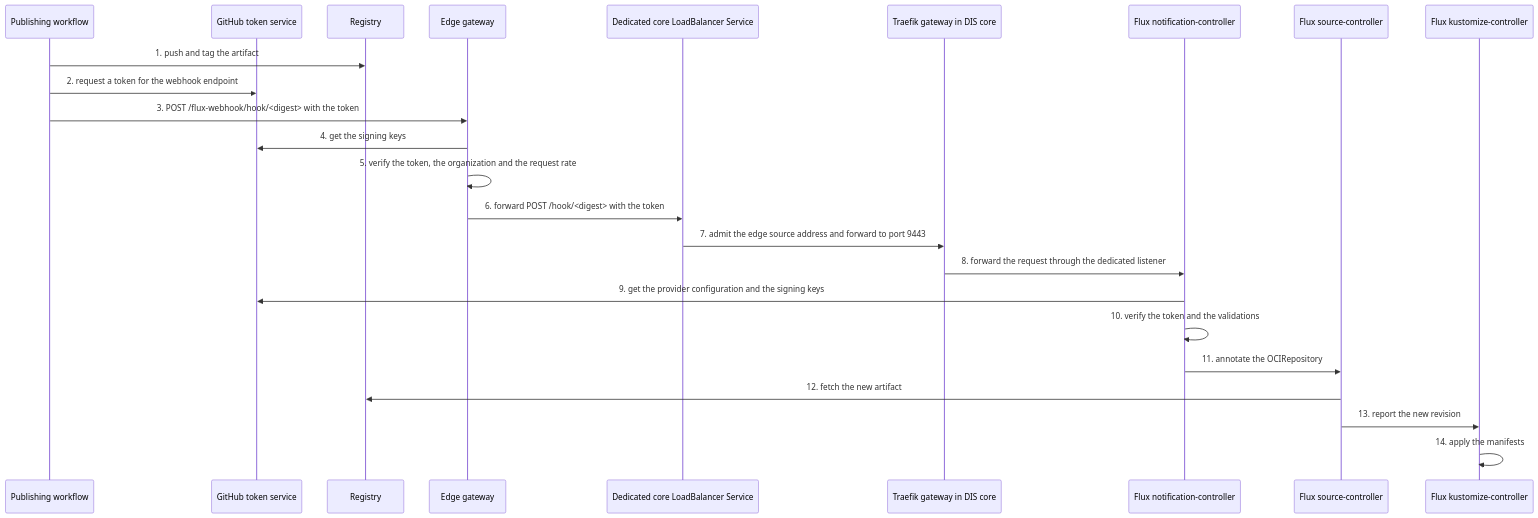
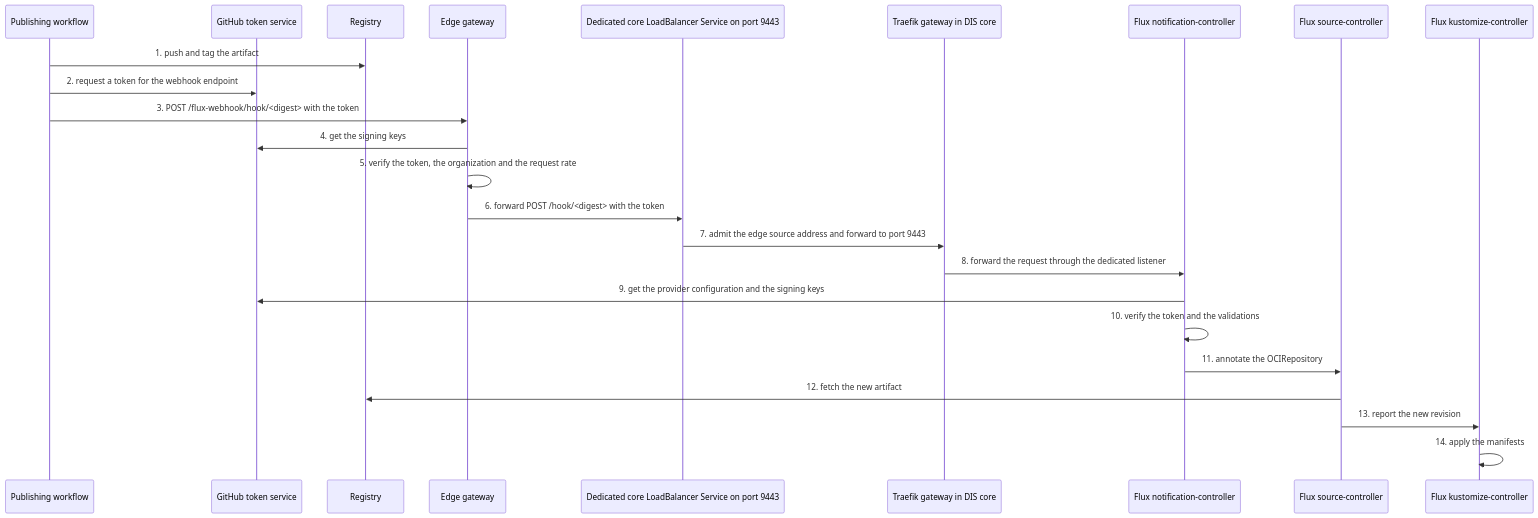
Before and after one commit to Altinn/altinn-platform: the second of 2 diagrams in rfcs/0017-on-demand-flux-reconcile.md, drawn with Mermaid. The commit also changed other lines of this file, not shown here.

First line of the commit message:
docs(rfcs): put the RFC 0017 webhook Service on the shared core addresses

````diff
--- a/rfcs/0017-on-demand-flux-reconcile.md
+++ b/rfcs/0017-on-demand-flux-reconcile.md
@@ -208,26 +211,26 @@
 ```mermaid
 sequenceDiagram
     participant wf as Publishing workflow
     participant gh as GitHub token service
     participant acr as Registry
     participant eg as Edge gateway
-    participant lb as Dedicated core LoadBalancer Service
+    participant lb as Dedicated core LoadBalancer Service on port 9443
     participant gw as Traefik gateway in DIS core
     participant nc as Flux notification-controller
     participant sc as Flux source-controller
     participant kc as Flux kustomize-controller
     wf->>acr: 1. push and tag the artifact
     wf->>gh: 2. request a token for the webhook endpoint
     wf->>eg: 3. POST /flux-webhook/hook/<digest> with the token
     eg->>gh: 4. get the signing keys
     eg->>eg: 5. verify the token, the organization and the request rate
     eg->>lb: 6. forward POST /hook/<digest> with the token
     lb->>gw: 7. admit the edge source address and forward to port 9443
     gw->>nc: 8. forward the request through the dedicated listener
     nc->>gh: 9. get the provider configuration and the signing keys
     nc->>nc: 10. verify the token and the validations
     nc->>sc: 11. annotate the OCIRepository
     sc->>acr: 12. fetch the new artifact
     sc->>kc: 13. report the new revision
     kc->>kc: 14. apply the manifests
 ```
````
